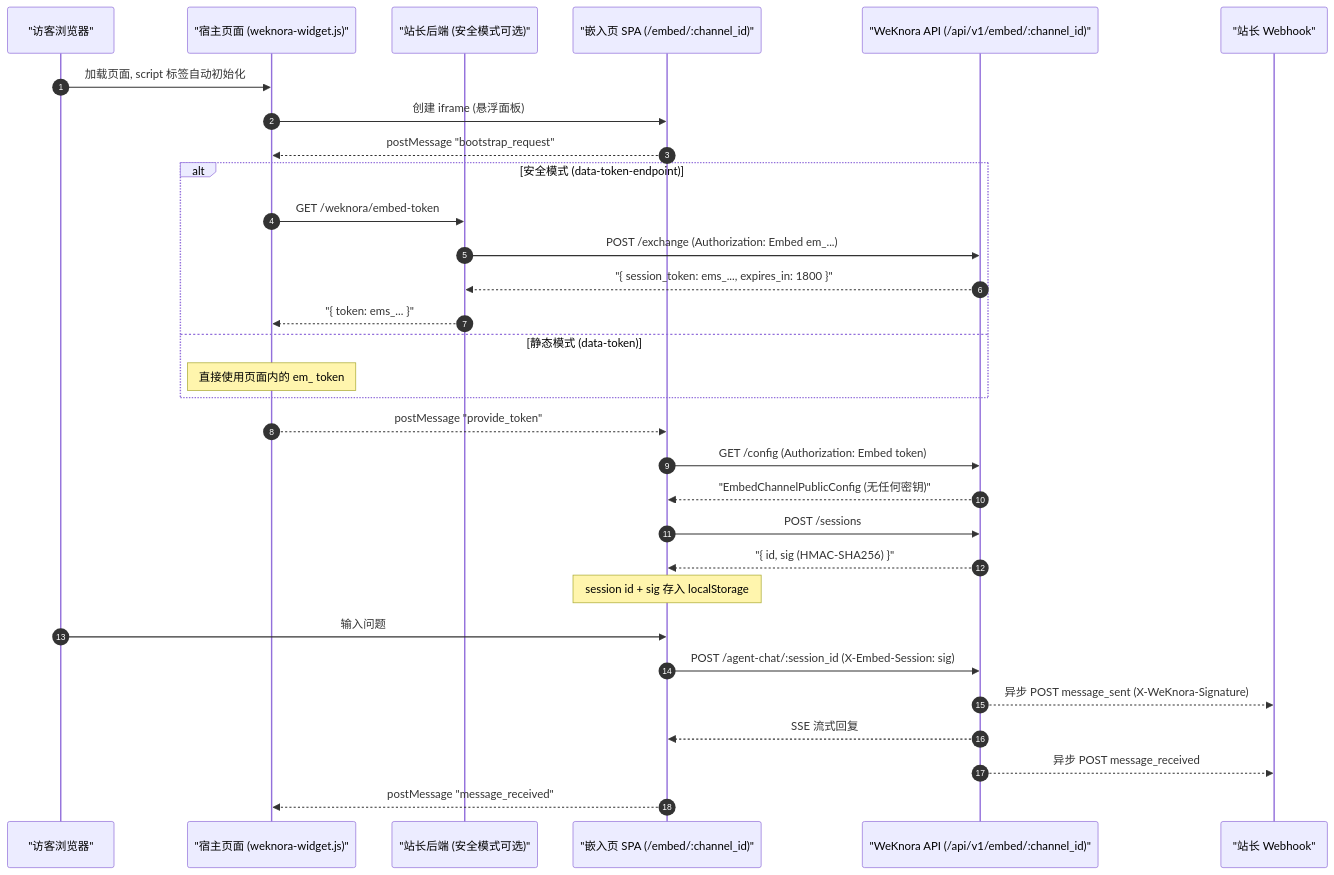
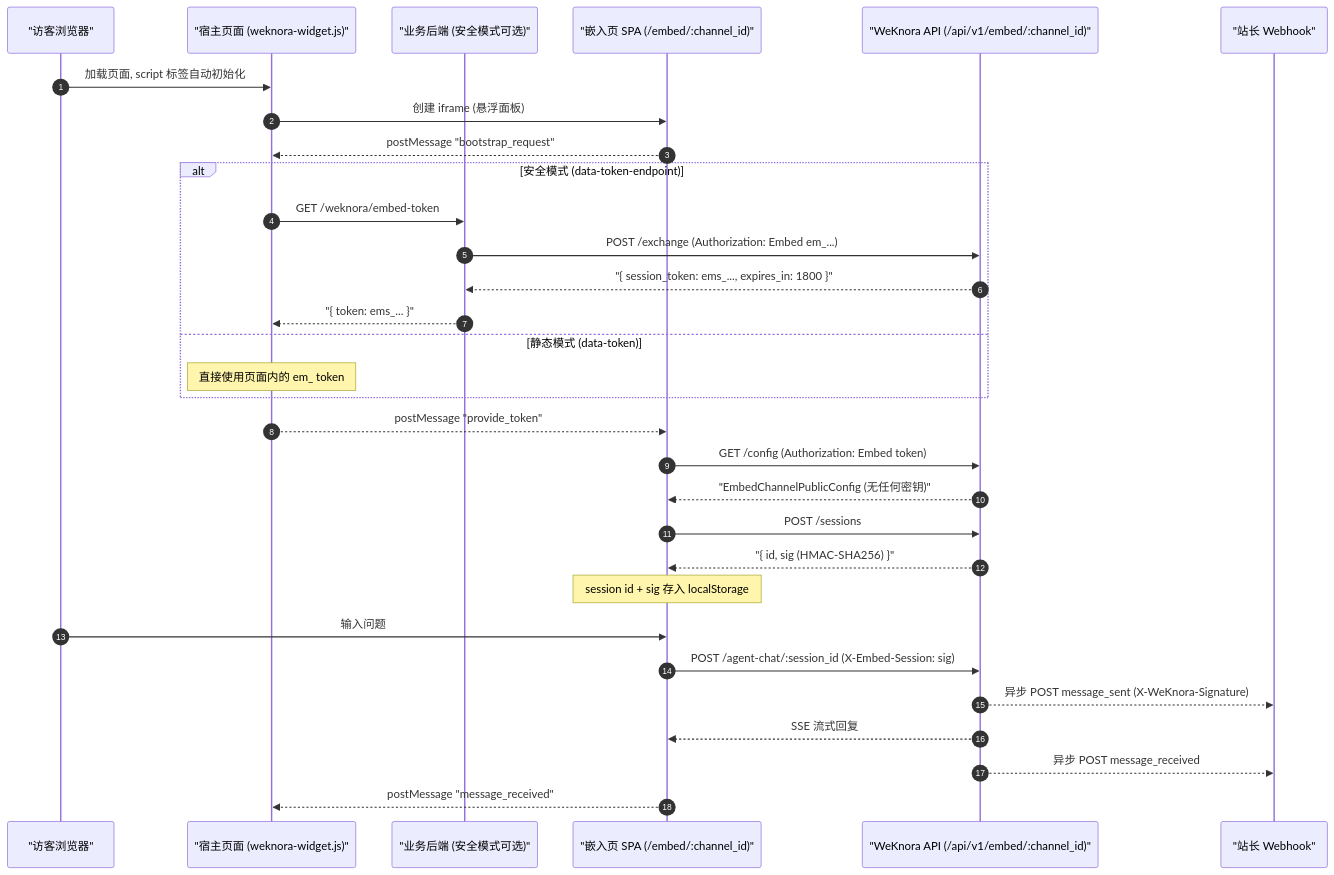
Before and after one commit to michadel/WeKnora: the diagram in website-docs/03-features/13-embed-channel.md, drawn with Mermaid. The commit also changed other lines of this file and 61 other files, not shown here.

````diff
--- a/website-docs/03-features/13-embed-channel.md
+++ b/website-docs/03-features/13-embed-channel.md
@@ -248,34 +250,34 @@
 ```mermaid
 sequenceDiagram
     autonumber
     participant Visitor as "访客浏览器"
     participant Host as "宿主页面 (weknora-widget.js)"
-    participant Backend as "站长后端 (安全模式可选)"
+    participant Backend as "业务后端 (安全模式可选)"
     participant Iframe as "嵌入页 SPA (/embed/:channel_id)"
     participant API as "WeKnora API (/api/v1/embed/:channel_id)"
     participant Webhook as "站长 Webhook"
 
     Visitor->>Host: 加载页面, script 标签自动初始化
     Host->>Iframe: 创建 iframe (悬浮面板)
     Iframe-->>Host: postMessage "bootstrap_request"
     alt 安全模式 (data-token-endpoint)
         Host->>Backend: GET /weknora/embed-token
         Backend->>API: POST /exchange (Authorization: Embed em_...)
         API-->>Backend: "{ session_token: ems_..., expires_in: 1800 }"
         Backend-->>Host: "{ token: ems_... }"
     else 静态模式 (data-token)
         Note over Host: 直接使用页面内的 em_ token
     end
     Host-->>Iframe: postMessage "provide_token"
     Iframe->>API: GET /config (Authorization: Embed token)
     API-->>Iframe: "EmbedChannelPublicConfig (无任何密钥)"
     Iframe->>API: POST /sessions
     API-->>Iframe: "{ id, sig (HMAC-SHA256) }"
     Note over Iframe: session id + sig 存入 localStorage
     Visitor->>Iframe: 输入问题
     Iframe->>API: POST /agent-chat/:session_id (X-Embed-Session: sig)
     API-->>Webhook: 异步 POST message_sent (X-WeKnora-Signature)
     API-->>Iframe: SSE 流式回复
     API-->>Webhook: 异步 POST message_received
     Iframe-->>Host: postMessage "message_received"
 ```
````
